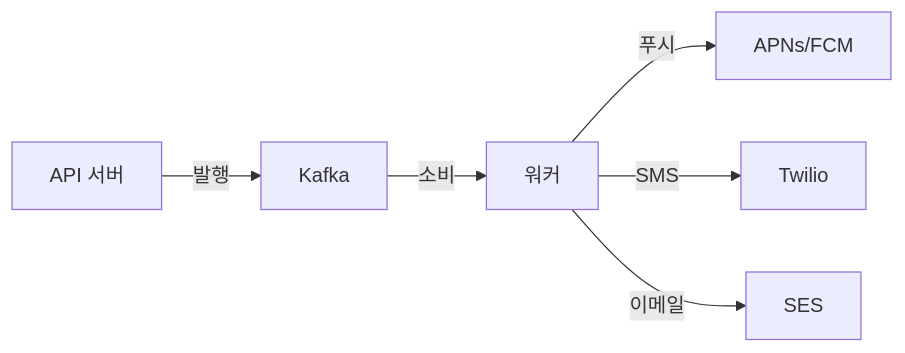
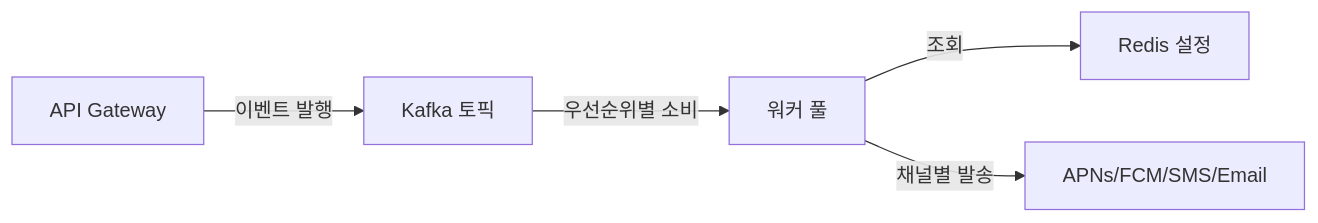
One commit to yjkim2015/yjkim2015.github.io changed the first of 5 diagrams in _posts/systemdesign/2026-05-02-system-design-notification.md. Above: the diagram before and after it, drawn with Mermaid. The commit also changed other lines of this file and 4 other files, not shown here.

````diff
--- a/_posts/systemdesign/2026-05-02-system-design-notification.md
+++ b/_posts/systemdesign/2026-05-02-system-design-notification.md
@@ -113,8 +360,7 @@
 ```mermaid
 graph LR
-    A[API 서버] -->|발행| B[Kafka]
-    B -->|소비| C[워커]
-    C -->|푸시| D[APNs/FCM]
-    C -->|SMS| E[Twilio]
-    C -->|이메일| F[SES]
+    A[API Gateway] -->|이벤트 발행| B[Kafka 토픽]
+    B -->|우선순위별 소비| C[워커 풀]
+    C -->|조회| D[Redis 설정]
+    C -->|채널별 발송| E[APNs/FCM/SMS/Email]
 ```
````
